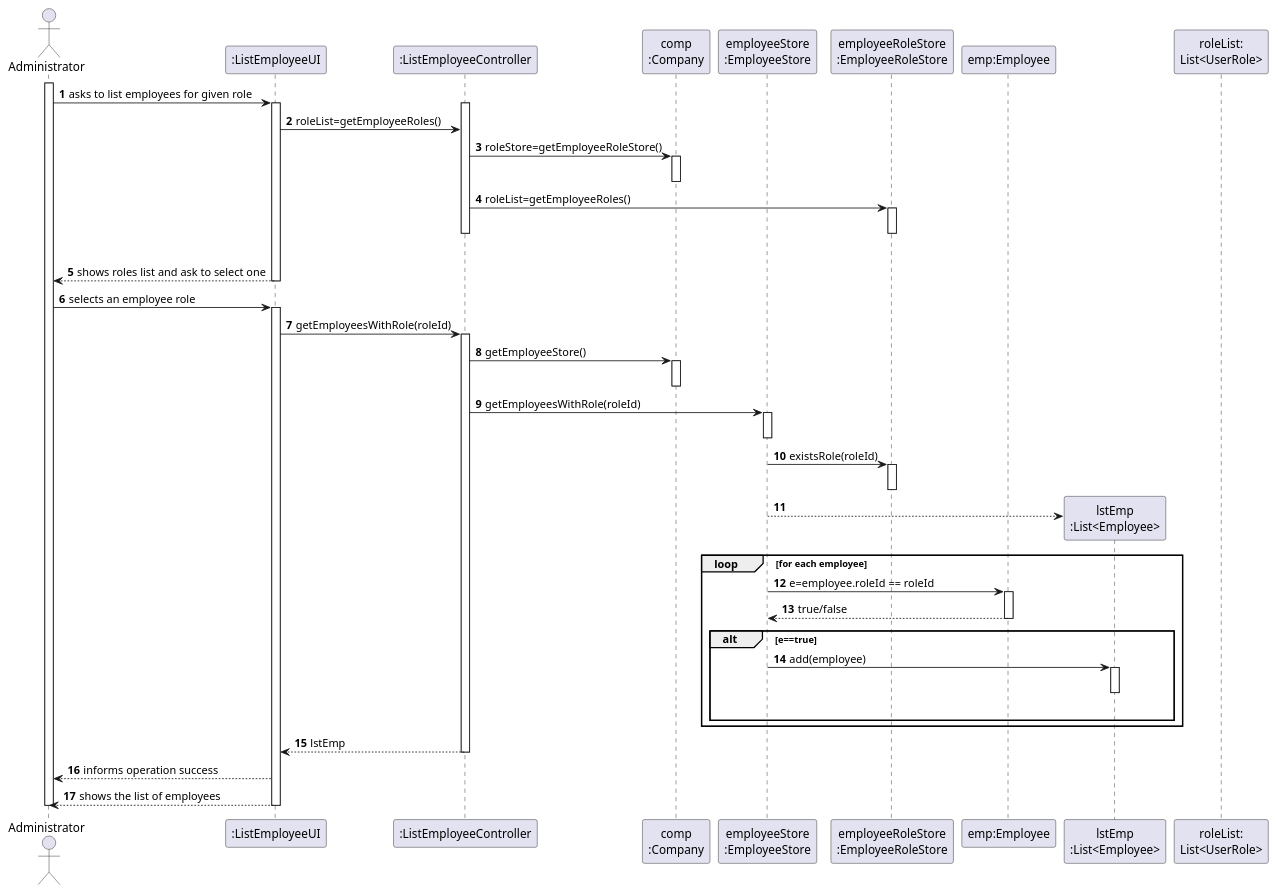
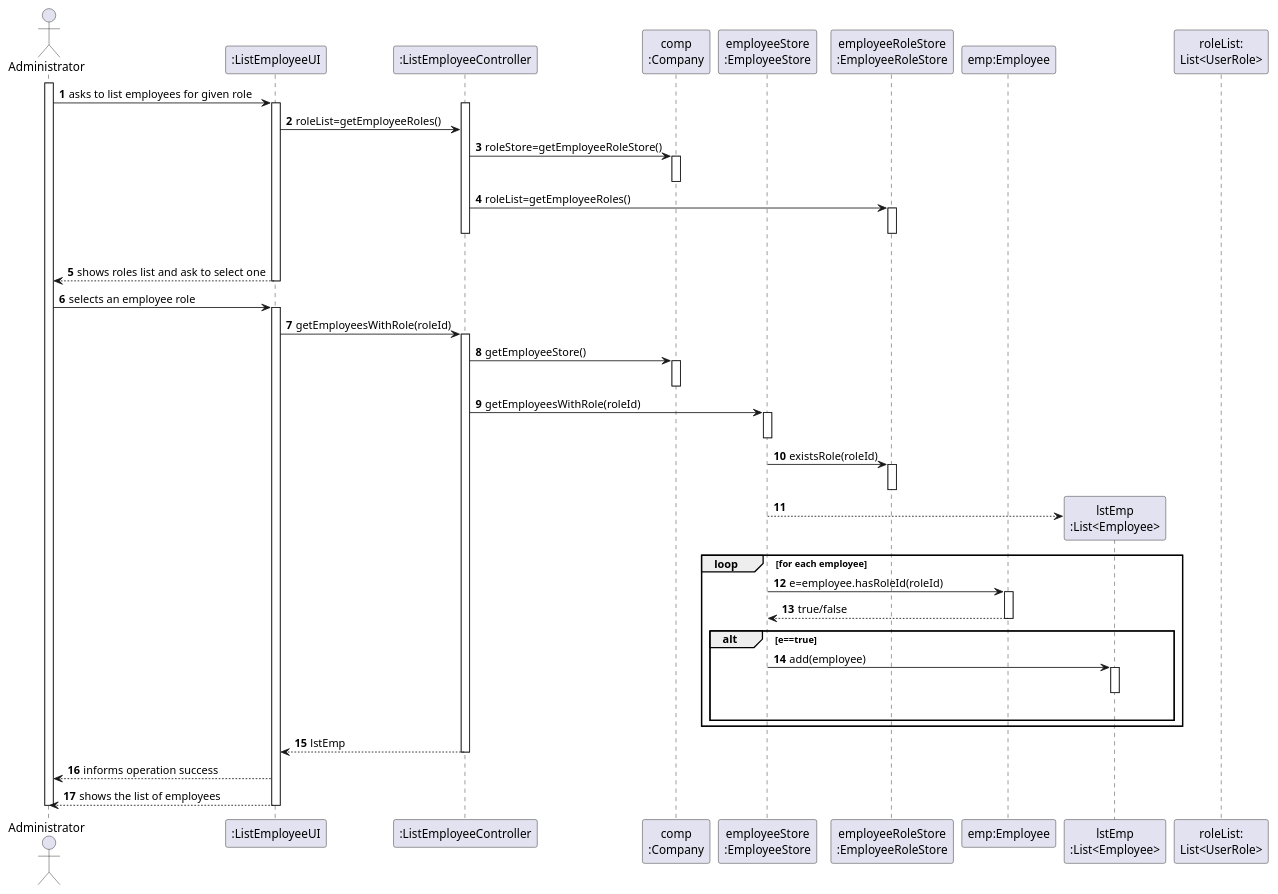
One commit to miseEnPlace-i/lapr2 changed the diagram in docs/SprintB/US11/SD/US11_SD.puml. Above: the diagram before and after it, drawn with PlantUML. The commit also changed 8 other files, not shown here.

Commit message:
fix(US11): removed user-employee relation & fixed diagrams

```diff
--- a/docs/SprintB/US11/SD/US11_SD.puml
+++ b/docs/SprintB/US11/SD/US11_SD.puml
@@ -1,76 +1,76 @@
 @startuml
 autonumber
 'hide footbox
 actor "Administrator" as ADM
 
 participant ":ListEmployeeUI" as UI
 participant ":ListEmployeeController" as CTRL
 participant "comp\n:Company" as COMP
 participant "employeeStore\n:EmployeeStore" as EMPS
 participant "employeeRoleStore\n:EmployeeRoleStore" as ROLES
 participant "emp:Employee" as EMP
 
 activate ADM
 ADM -> UI : asks to list employees for given role
 activate UI
 activate CTRL
 UI -> CTRL : roleList=getEmployeeRoles()
 CTRL -> COMP : roleStore=getEmployeeRoleStore()
 activate COMP
 deactivate COMP
 
 CTRL -> ROLES : roleList=getEmployeeRoles()
 activate ROLES
 |||
 deactivate ROLES
 deactivate CTRL
 
 UI --> ADM : shows roles list and ask to select one
 deactivate UI
 
 ADM -> UI : selects an employee role
 activate UI
 
 UI -> CTRL : getEmployeesWithRole(roleId)
 activate CTRL
 
 CTRL -> COMP: getEmployeeStore()
 activate COMP
 deactivate COMP
 CTRL -> EMPS: getEmployeesWithRole(roleId)
 activate EMPS
 deactivate EMPS
 EMPS -> ROLES: existsRole(roleId)
 activate ROLES
 deactivate ROLES
 create "lstEmp\n:List<Employee>" as LST
 EMPS --> LST
 
 loop for each employee
-    EMPS -> EMP: e=employee.roleId == roleId
+    EMPS -> EMP: e=employee.hasRoleId(roleId)
   activate EMP
     EMP --> EMPS: true/false
   deactivate EMP
     alt e==true
         EMPS -> LST: add(employee)
       activate LST
     |||
     deactivate LST
     end
 end
 
 CTRL --> UI: lstEmp
 
 deactivate COMP
 deactivate CTRL
 UI --> ADM : informs operation success
 UI --> ADM: shows the list of employees
 deactivate UI
 
 deactivate UI
 deactivate CTRL
 deactivate ADM
 
 participant "roleList:\nList<UserRole>"
 
 @enduml
```
